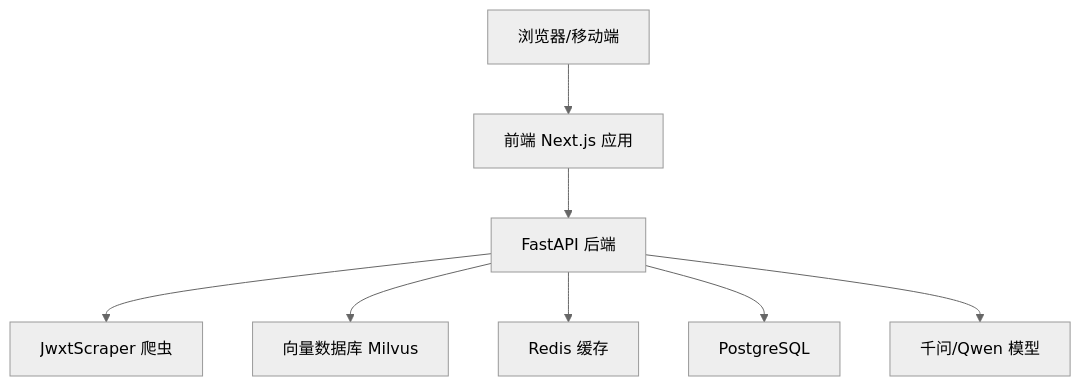
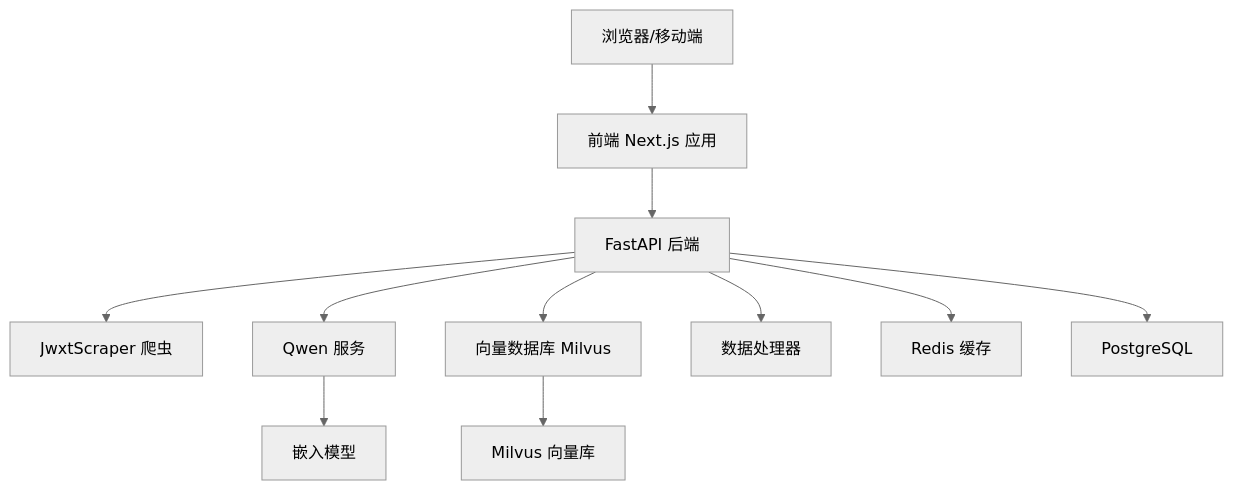
Before and after one commit to ghbbn053-ship-itsoulddog/soulddog: the second of 5 diagrams in .qoder/repowiki/zh/content/开发指南/调试工具/调试工具.md, drawn with Mermaid (neutral theme). The commit also changed other lines of this file and 5 other files, not shown here.

````diff
--- a/.qoder/repowiki/zh/content/开发指南/调试工具/调试工具.md
+++ b/.qoder/repowiki/zh/content/开发指南/调试工具/调试工具.md
@@ -100,10 +120,13 @@
 ```mermaid
 graph TB
 Client["浏览器/移动端"] --> FE["前端 Next.js 应用"]
 FE --> API["FastAPI 后端"]
 API --> Scraper["JwxtScraper 爬虫"]
+API --> Qwen["Qwen 服务"]
 API --> Vector["向量数据库 Milvus"]
+API --> Processor["数据处理器"]
 API --> Cache["Redis 缓存"]
 API --> DB["PostgreSQL"]
-API --> LLM["千问/Qwen 模型"]
+Qwen --> Embedding["嵌入模型"]
+Vector --> Milvus["Milvus 向量库"]
 ```
````
